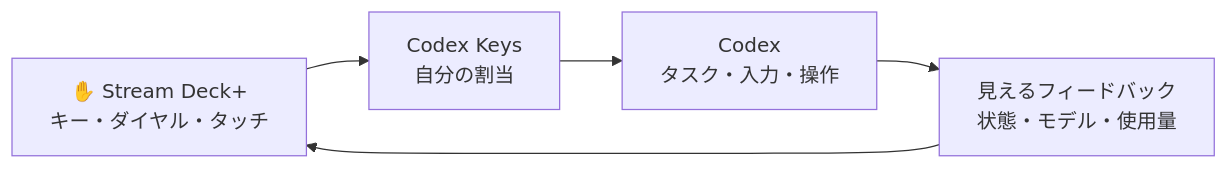
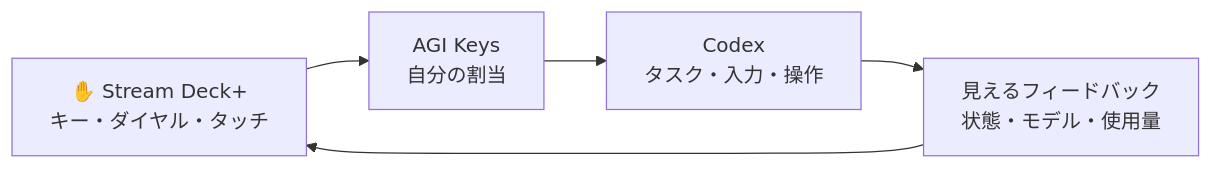
Before and after one commit to dualform-labs/agi-keys-release: the diagram in README.ja.md, drawn with Mermaid. The commit also changed other lines of this file, not shown here.

Commit message:
docs: rewrite README.ja.md for AGI Keys Wave1 positioning (v2)

````diff
--- a/README.ja.md
+++ b/README.ja.md
@@ -44,11 +48,11 @@
 ```mermaid
 flowchart LR
     A["✋ Stream Deck+
-キー・ダイヤル・タッチ"] --> B["Codex Keys
+キー・ダイヤル・タッチ"] --> B["AGI Keys
 自分の割当"]
     B --> C["Codex
 タスク・入力・操作"]
     C --> D["見えるフィードバック
 状態・モデル・使用量"]
     D --> A
 ```
````
